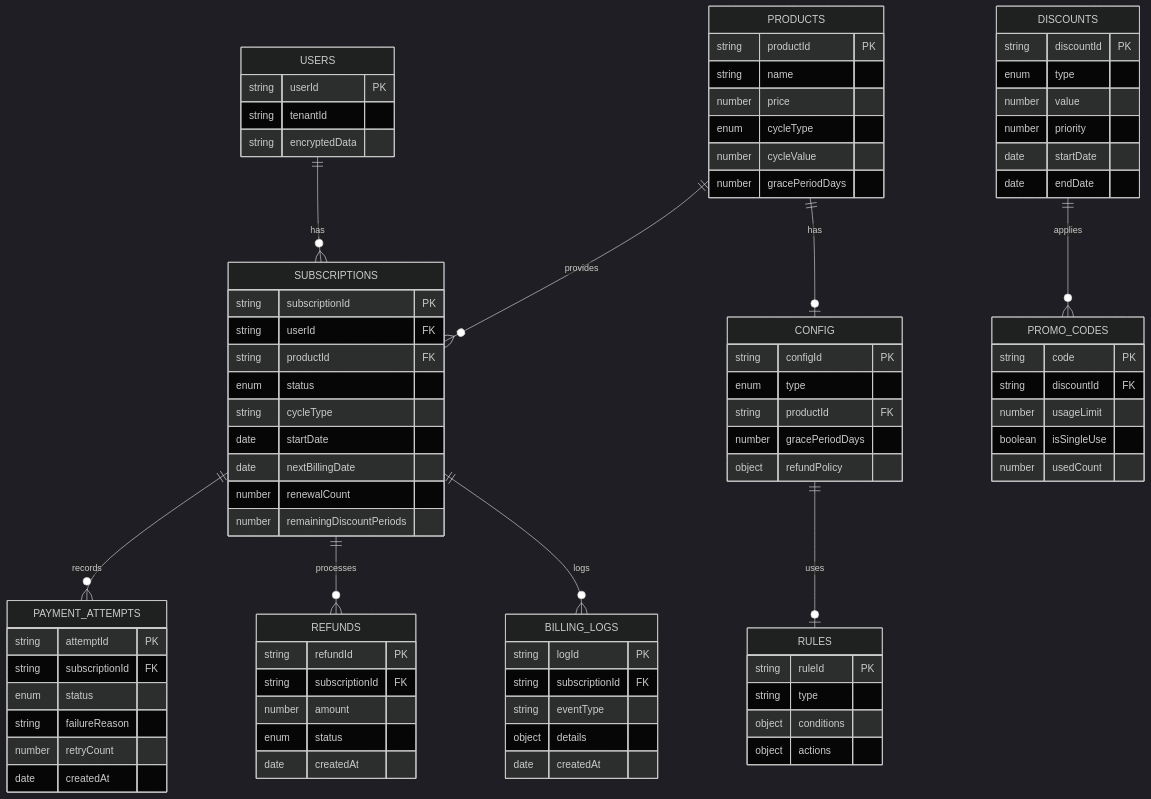
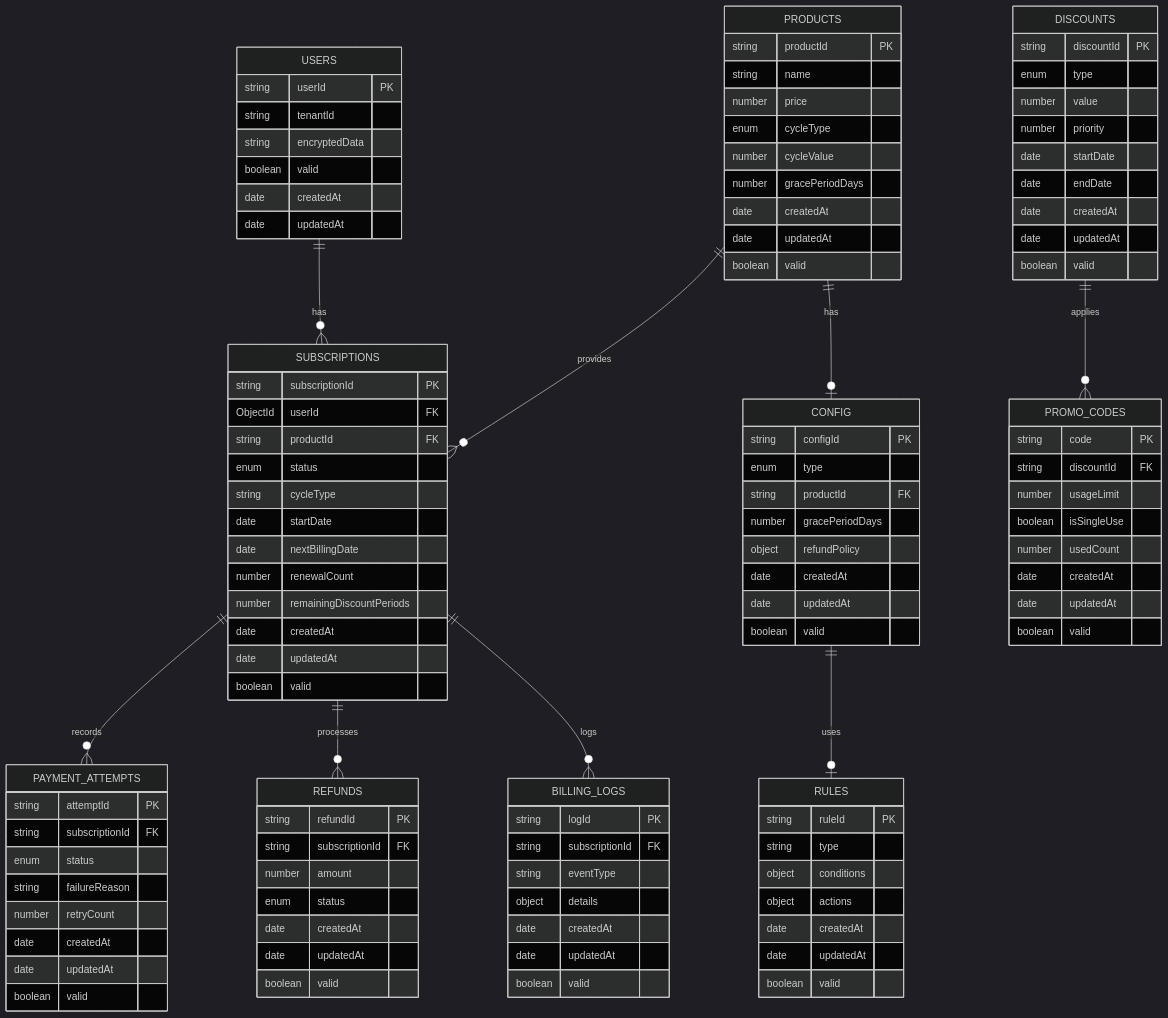
One commit to xxxhand/auto-billing-bot changed the second of 5 diagrams in docs/docs_0_7/billingBot_v0.7.1_system_design.markdown. Above: the diagram before and after it, drawn with Mermaid (dark theme). The commit also changed other lines of this file and 11 other files, not shown here.

````diff
--- a/docs/docs_0_7/billingBot_v0.7.1_system_design.markdown
+++ b/docs/docs_0_7/billingBot_v0.7.1_system_design.markdown
@@ -182,6 +206,9 @@
         string userId PK
         string tenantId
         string encryptedData
+        boolean valid
+        date createdAt
+        date updatedAt
     }
 
     PRODUCTS {
@@ -191,11 +218,14 @@
         enum cycleType
         number cycleValue
         number gracePeriodDays
+        date createdAt
+        date updatedAt
+        boolean valid
     }
 
     SUBSCRIPTIONS {
         string subscriptionId PK
-        string userId FK
+        ObjectId userId FK
         string productId FK
         enum status
         string cycleType
@@ -203,6 +233,9 @@
         date nextBillingDate
         number renewalCount
         number remainingDiscountPeriods
+        date createdAt
+        date updatedAt
+        boolean valid 
     }
 
     DISCOUNTS {
@@ -212,6 +245,9 @@
         number priority
         date startDate
         date endDate
+        date createdAt
+        date updatedAt
+        boolean valid 
     }
 
     PROMO_CODES {
@@ -220,6 +256,9 @@
         number usageLimit
         boolean isSingleUse
         number usedCount
+        date createdAt
+        date updatedAt
+        boolean valid
     }
 
     PAYMENT_ATTEMPTS {
@@ -229,6 +268,8 @@
         string failureReason
         number retryCount
         date createdAt
+        date updatedAt
+        boolean valid
     }
 
     REFUNDS {
@@ -237,6 +278,8 @@
         number amount
         enum status
         date createdAt
+        date updatedAt
+        boolean valid
     }
 
     BILLING_LOGS {
@@ -245,6 +288,8 @@
         string eventType
         object details
         date createdAt
+        date updatedAt
+        boolean valid
     }
 
     CONFIG {
@@ -253,6 +298,9 @@
         string productId FK
         number gracePeriodDays
         object refundPolicy
+        date createdAt
+        date updatedAt
+        boolean valid 
     }
 
     RULES {
@@ -260,5 +308,8 @@
         string type
         object conditions
         object actions
+        date createdAt
+        date updatedAt
+        boolean valid    
     }
 ```
````
